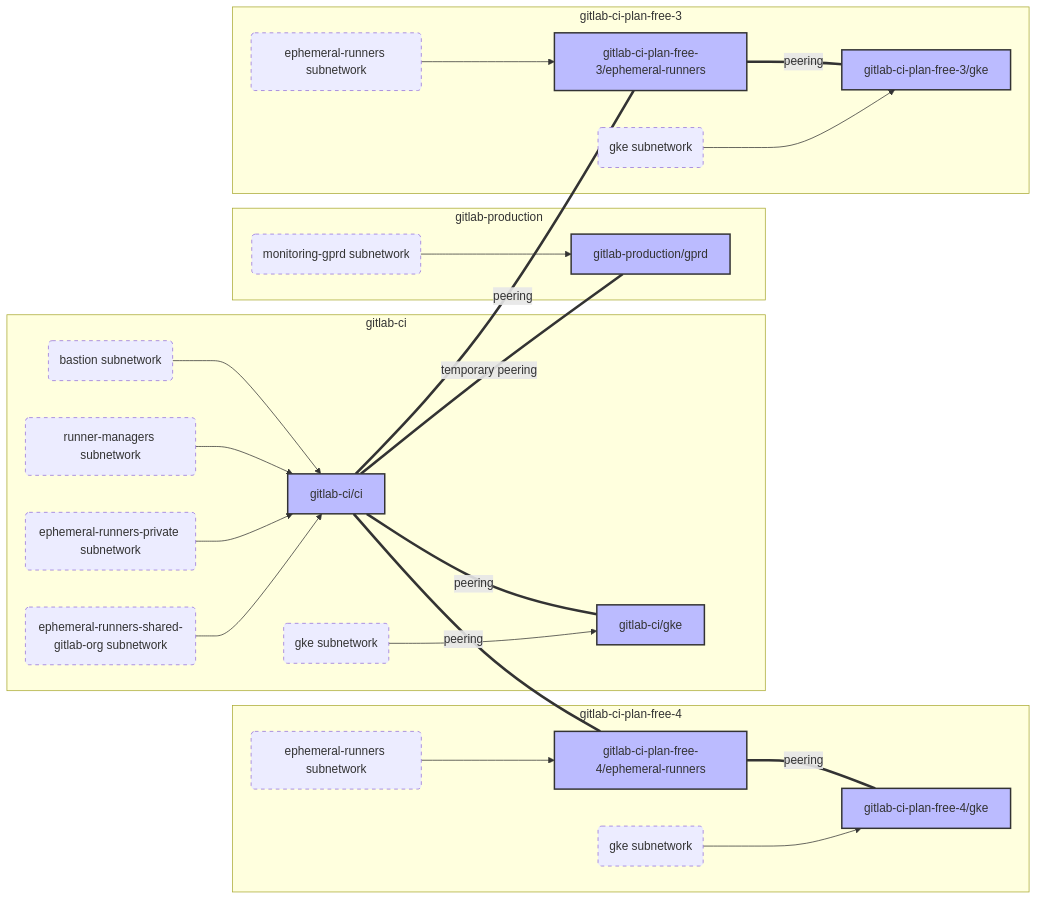
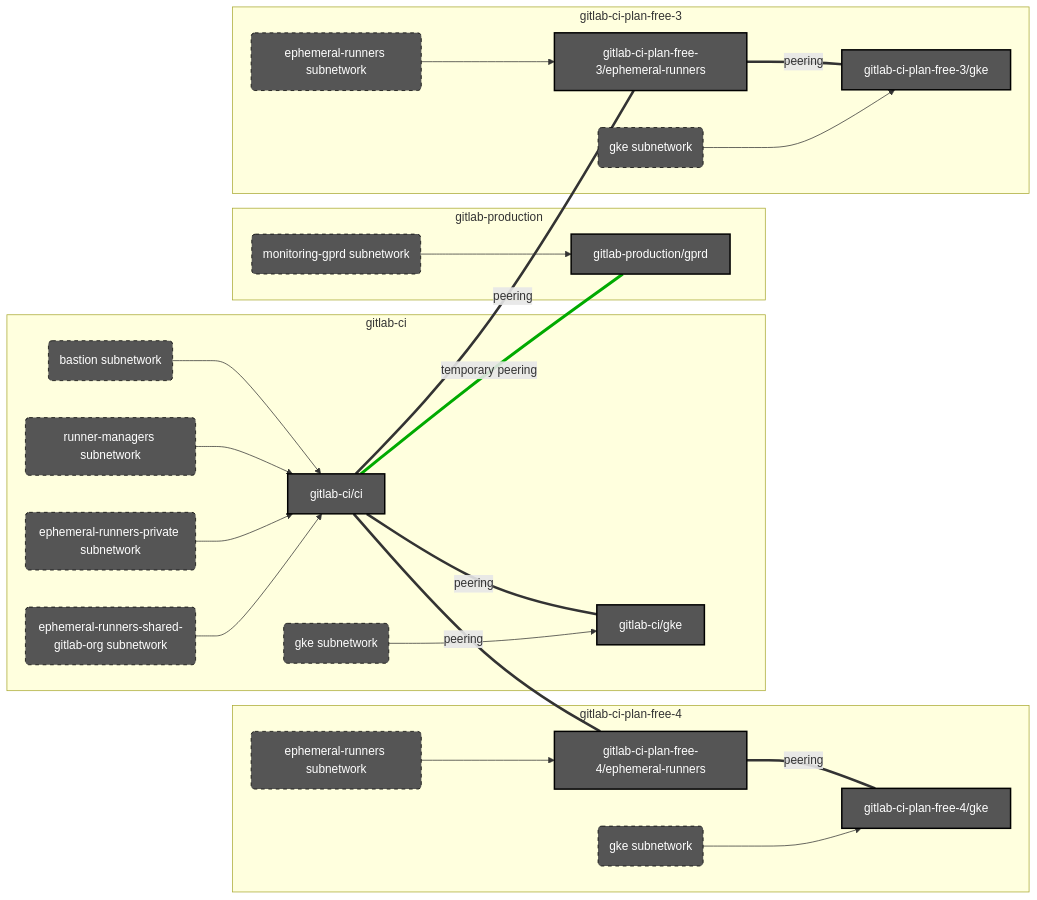
One commit to mattrussi/gitlab-com-runbooks changed the fourth of 4 diagrams in docs/ci-runners/README.md. Above: the diagram before and after it, drawn with Mermaid. The commit also changed other lines of this file, not shown here.

First line of the commit message:
docs(ci-runners): show subnetwork conflict

````diff
--- a/docs/ci-runners/README.md
+++ b/docs/ci-runners/README.md
@@ -273,58 +273,60 @@
 ```mermaid
 graph LR
-  classDef subnetwork stroke-dasharray: 5 5;
-  classDef vpc fill:#bbf,stroke:#333,stroke-width:2px;
+  classDef subnetwork color:#fff,fill:#555,stroke:#000,stroke-dasharray: 5 5;
+  classDef vpc        color:#fff,fill:#555,stroke:#000,stroke-width:2px;
 
   subgraph gitlab-ci
     ci_ci[gitlab-ci/ci]:::vpc
     ci_ci_bastion(bastion subnetwork):::subnetwork
     ci_ci_runner_managers(runner-managers subnetwork):::subnetwork
     ci_ci_ep(ephemeral-runners-private subnetwork):::subnetwork
     ci_ci_esgo(ephemeral-runners-shared-gitlab-org subnetwork):::subnetwork
 
     ci_ci_gke[gitlab-ci/gke]:::vpc
     ci_ci_gke_gke(gke subnetwork):::subnetwork
 
     ci_ci_bastion --> ci_ci
     ci_ci_runner_managers --> ci_ci
     ci_ci_ep --> ci_ci
     ci_ci_esgo --> ci_ci
     ci_ci ===|peering| ci_ci_gke
     ci_ci_gke_gke --> ci_ci_gke
   end
 
   subgraph gitlab-production
     prd_gprd[gitlab-production/gprd]:::vpc
     prd_gprd_monitoring(monitoring-gprd subnetwork):::subnetwork
 
     prd_gprd_monitoring --> prd_gprd
   end
 
   subgraph gitlab-ci-plan-free-4
     ci_plan_free_4_ephemeral[gitlab-ci-plan-free-4/ephemeral-runners]:::vpc
     ci_plan_free_4_ephemeral_e(ephemeral-runners subnetwork):::subnetwork
 
     ci_plan_free_4_gke[gitlab-ci-plan-free-4/gke]:::vpc
     ci_plan_free_4_gke_gke(gke subnetwork):::subnetwork
 
     ci_plan_free_4_ephemeral_e --> ci_plan_free_4_ephemeral
     ci_plan_free_4_ephemeral ===|peering| ci_plan_free_4_gke
     ci_plan_free_4_gke_gke --> ci_plan_free_4_gke
   end
 
   subgraph gitlab-ci-plan-free-3
     ci_plan_free_3_ephemeral[gitlab-ci-plan-free-3/ephemeral-runners]:::vpc
     ci_plan_free_3_ephemeral_e(ephemeral-runners subnetwork):::subnetwork
 
     ci_plan_free_3_gke[gitlab-ci-plan-free-3/gke]:::vpc
     ci_plan_free_3_gke_gke(gke subnetwork):::subnetwork
 
     ci_plan_free_3_ephemeral_e --> ci_plan_free_3_ephemeral
     ci_plan_free_3_ephemeral ===|peering| ci_plan_free_3_gke
     ci_plan_free_3_gke_gke --> ci_plan_free_3_gke
   end
 
   ci_ci ===|temporary peering| prd_gprd
   ci_ci ===|peering| ci_plan_free_3_ephemeral
   ci_ci ===|peering| ci_plan_free_4_ephemeral
+
+  linkStyle 13 stroke:#0a0,stroke-width:4px;
 ```
````
